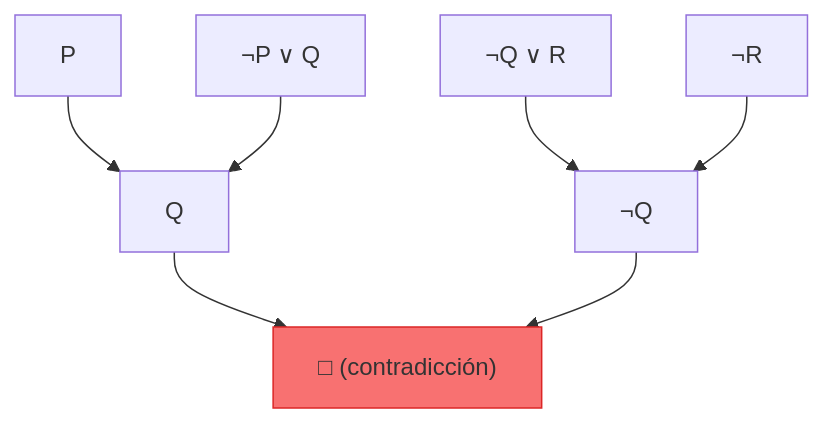
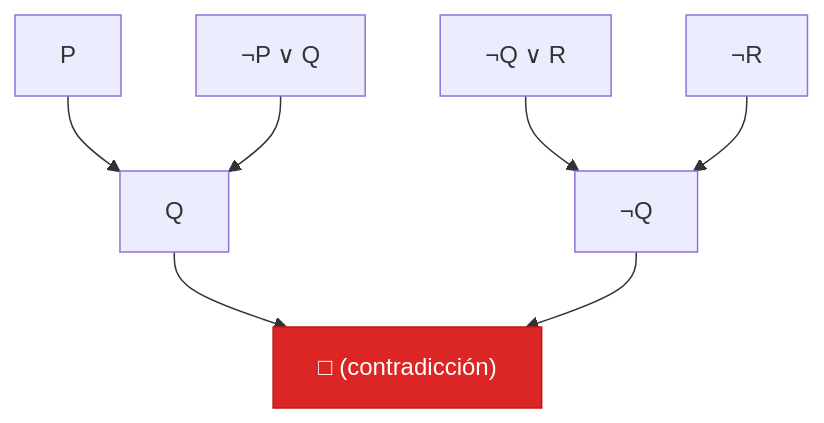
One commit to NuriaGarciaV/ia_p26 changed the third of 3 diagrams in clase/03_logica/03_inferencia.md. Above: the diagram before and after it, drawn with Mermaid. The commit also changed other lines of this file and 5 other files, not shown here.

Commit message:
improved mermaid colouring

````diff
--- a/clase/03_logica/03_inferencia.md
+++ b/clase/03_logica/03_inferencia.md
@@ -458,13 +458,13 @@
 ```mermaid
 graph TD
     C1["P"]
     C2["¬P ∨ Q"]
     C3["¬Q ∨ R"]
     C4["¬R"]
     
     C1 & C2 --> R1["Q"]
     C3 & C4 --> R2["¬Q"]
     R1 & R2 --> R3["□ (contradicción)"]
     
-    style R3 fill:#f87171,stroke:#dc2626
+    style R3 fill:#dc2626,stroke:#b91c1c,color:#fff
 ```
````
